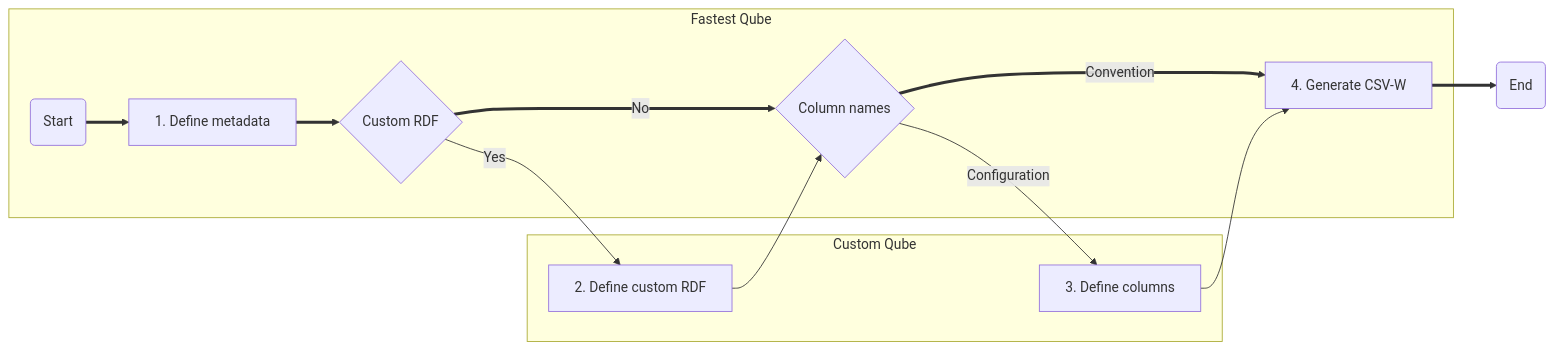
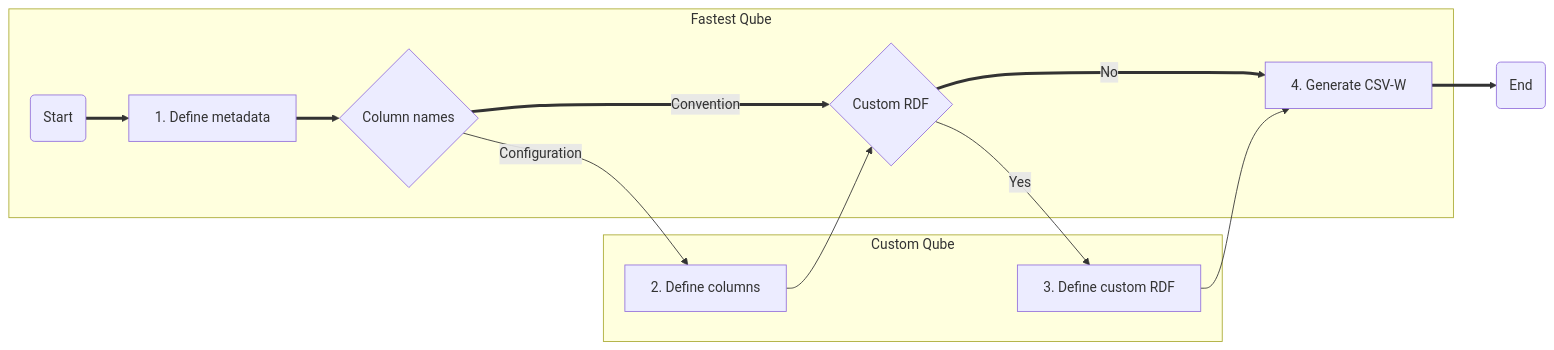
The diagram in external-docs/docs/quick-start/qube config.md (ONSdigital/csvcubed), drawn with Mermaid before and after one commit. The commit also changed other lines of this file, not shown here.

````diff
--- a/external-docs/docs/quick-start/qube config.md
+++ b/external-docs/docs/quick-start/qube config.md
@@ -34,16 +11,15 @@
 ```mermaid
 graph LR
 	subgraph "Fastest Qube"
 		A(Start) ==> B[1. Define metadata];
-		B ==> C{"Custom RDF"};
-		C == No ==> D{"Column names"};
-		D == Convention ==> E;
+		B ==> C{"Column names"};
+		C == Convention ==> D{"Custom RDF"};
+		D == No ==> E;
 	end
 	subgraph "Custom Qube"
-		C -- Yes --> 1["2. Define custom RDF"] --> D;
-		D -- Configuration --> 2["3. Define columns"] --> E;
+		C -- Configuration --> 1["2. Define columns"] --> D;
+		D -- Yes --> 2["3. Define custom RDF"] --> E;
 	end
 	
 	E["4. Generate CSV-W"] ==> F(End);
-	
 ```
````
